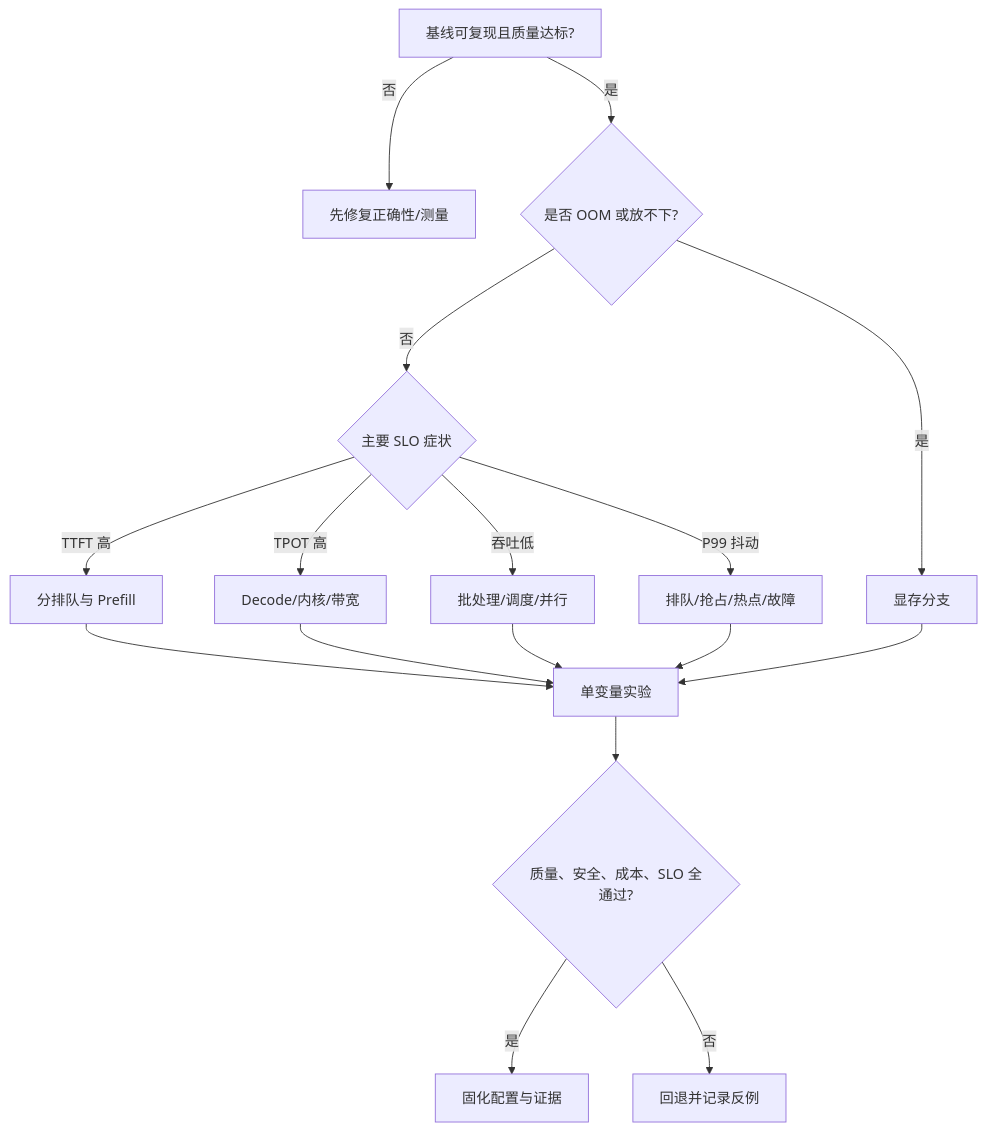
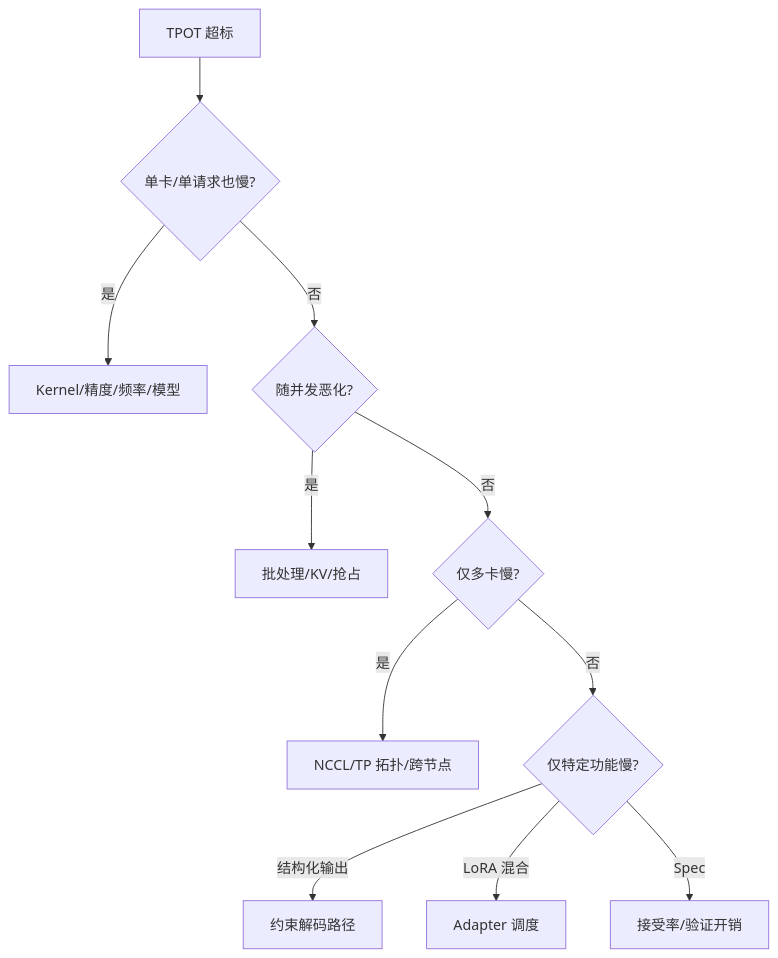
Before and after one commit to caomaolufei/AIInfraGuide: the sixth of 9 diagrams in docs/guides/模块四-推理优化/第11章-推理优化选型与端到端实战/11.1-优化选型决策树.md, drawn with Mermaid. The commit also changed other lines of this file and 53 other files, not shown here.

````diff
--- a/docs/guides/模块四-推理优化/第11章-推理优化选型与端到端实战/11.1-优化选型决策树.md
+++ b/docs/guides/模块四-推理优化/第11章-推理优化选型与端到端实战/11.1-优化选型决策树.md
@@ -88,19 +514,13 @@
 ```mermaid
 flowchart TD
-    A["基线可复现且质量达标?"] -->|否| A1["先修复正确性/测量"]
-    A -->|是| B{"是否 OOM 或放不下?"}
-    B -->|是| B1["显存分支"]
-    B -->|否| C{"主要 SLO 症状"}
-    C -->|TTFT 高| D["分排队与 Prefill"]
-    C -->|TPOT 高| E["Decode/内核/带宽"]
-    C -->|吞吐低| F["批处理/调度/并行"]
-    C -->|P99 抖动| G["排队/抢占/热点/故障"]
-    D --> H["单变量实验"]
-    E --> H
-    F --> H
-    G --> H
-    B1 --> H
-    H --> I{"质量、安全、成本、SLO 全通过?"}
-    I -->|是| J["固化配置与证据"]
-    I -->|否| K["回退并记录反例"]
+    D["TPOT 超标"] --> A{"单卡/单请求也慢?"}
+    A -->|是| K["Kernel/精度/频率/模型"]
+    A -->|否| B{"随并发恶化?"}
+    B -->|是| S["批处理/KV/抢占"]
+    B -->|否| P{"仅多卡慢?"}
+    P -->|是| N["NCCL/TP 拓扑/跨节点"]
+    P -->|否| F{"仅特定功能慢?"}
+    F -->|结构化输出| F1["约束解码路径"]
+    F -->|LoRA 混合| F2["Adapter 调度"]
+    F -->|Spec| F3["接受率/验证开销"]
 ```
````
